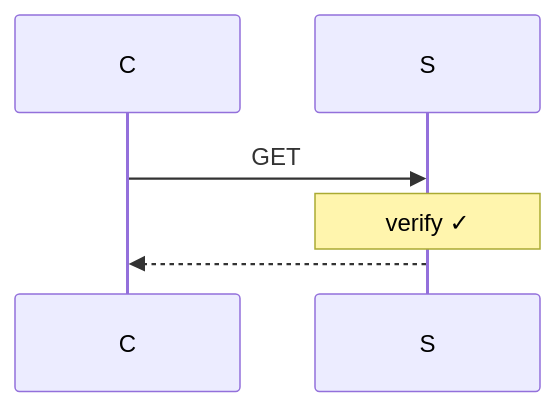
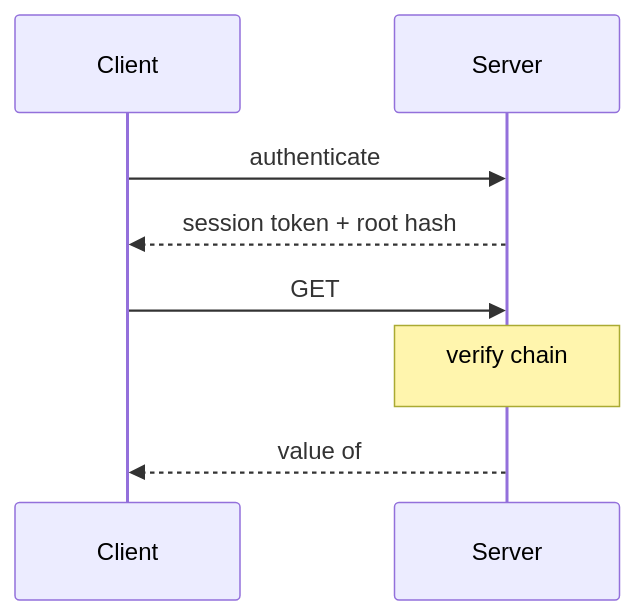
One commit to jclaggett/dacite changed the second of 4 diagrams in docs/book/04-authorization/chapter.md. Above: the diagram before and after it, drawn with Mermaid. The commit also changed other lines of this file and 1 other file, not shown here.

First line of the commit message:
Restore full mermaid diagrams in chapters 4 and 5

````diff
--- a/docs/book/04-authorization/chapter.md
+++ b/docs/book/04-authorization/chapter.md
@@ -70,6 +70,12 @@
 ```mermaid
 sequenceDiagram
-    C->>S: GET #S3, chain [#R, #E2, #V2, #S3]
-    Note over S: verify ✓
-    S-->>C: #S3 value
+    participant C as Client
+    participant S as Server
+
+    C->>S: authenticate
+    S-->>C: session token + root hash #R
+
+    C->>S: GET #S3, chain: [#R, #E2, #V2, #S3]
+    Note over S: verify chain<br/>#R→#E2→#V2→#S3 ✓
+    S-->>C: value of #S3
 ```
````
